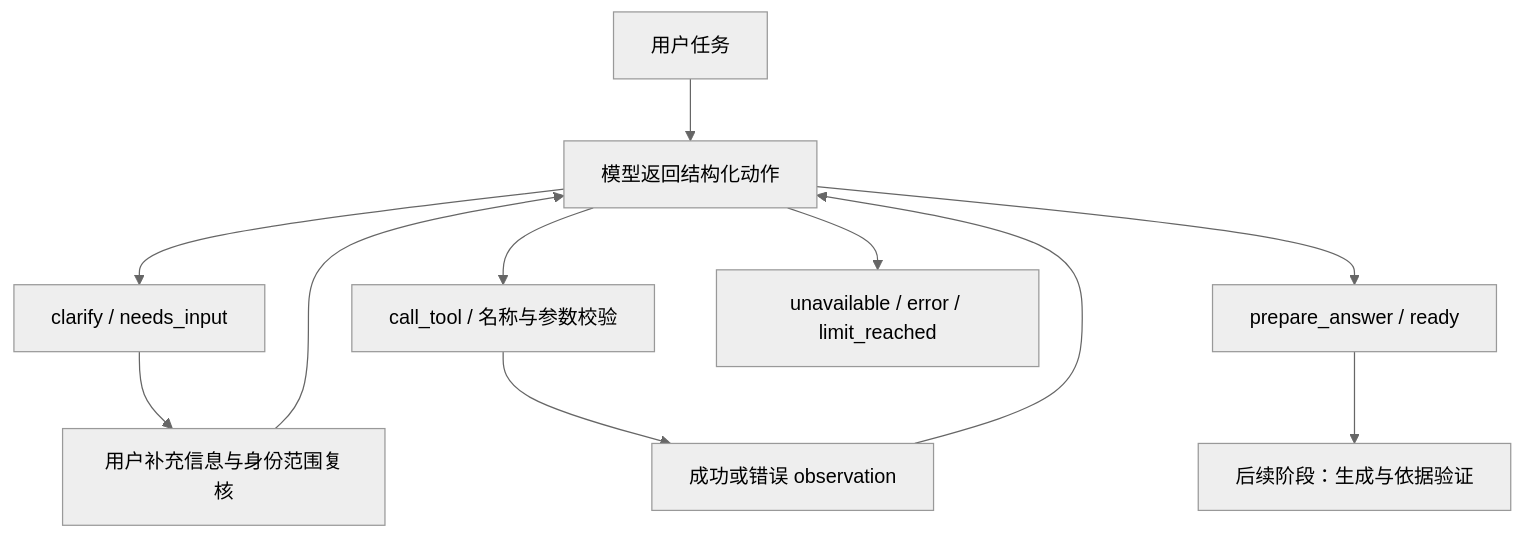
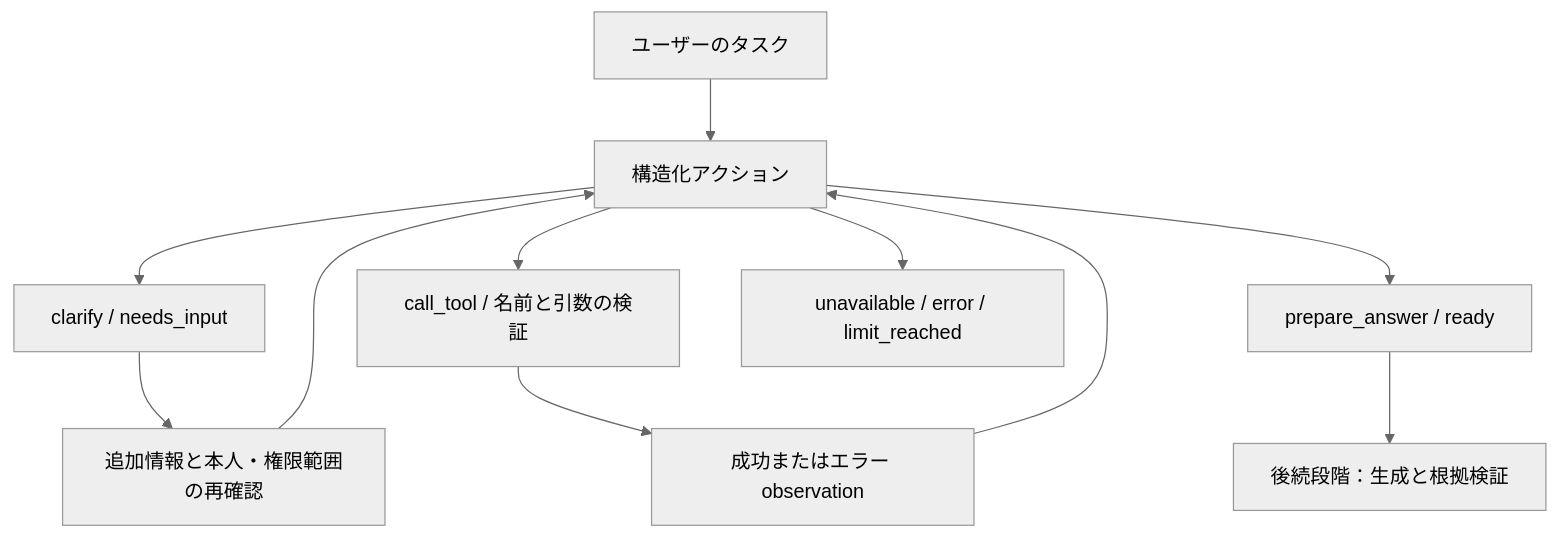
Before and after one commit to Twergu/My-portfolio: the diagram in docs/agent-stage1.md, drawn with Mermaid (neutral theme). The commit also changed other lines of this file and 100 other files, not shown here.

````diff
--- a/docs/agent-stage1.md
+++ b/docs/agent-stage1.md
@@ -24,13 +24,13 @@
 ```mermaid
 flowchart TD
-    Task[用户任务] --> Plan[模型返回结构化动作]
+    Task[ユーザーのタスク] --> Plan[構造化アクション]
     Plan --> Ask[clarify / needs_input]
-    Ask --> Resume[用户补充信息与身份范围复核]
+    Ask --> Resume[追加情報と本人・権限範囲の再確認]
     Resume --> Plan
-    Plan --> Tool[call_tool / 名称与参数校验]
-    Tool --> Observation[成功或错误 observation]
+    Plan --> Tool[call_tool / 名前と引数の検証]
+    Tool --> Observation[成功またはエラー observation]
     Observation --> Plan
     Plan --> Ready[prepare_answer / ready]
     Plan --> Stop[unavailable / error / limit_reached]
-    Ready --> Later[后续阶段：生成与依据验证]
+    Ready --> Later[後続段階：生成と根拠検証]
 ```
````
